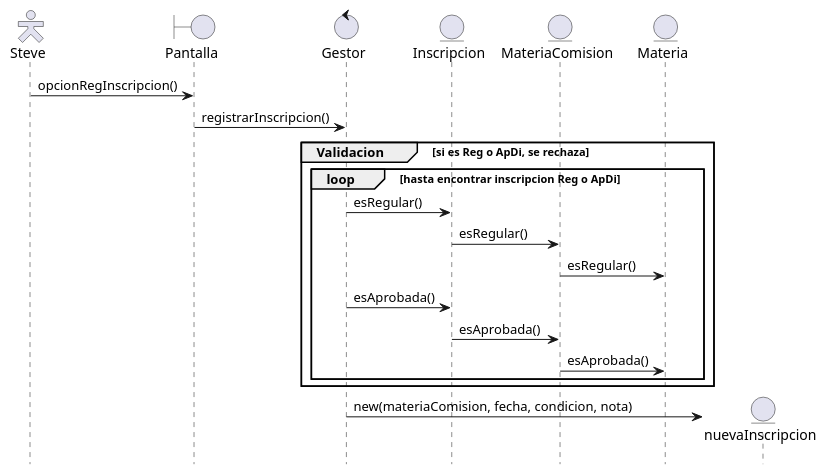
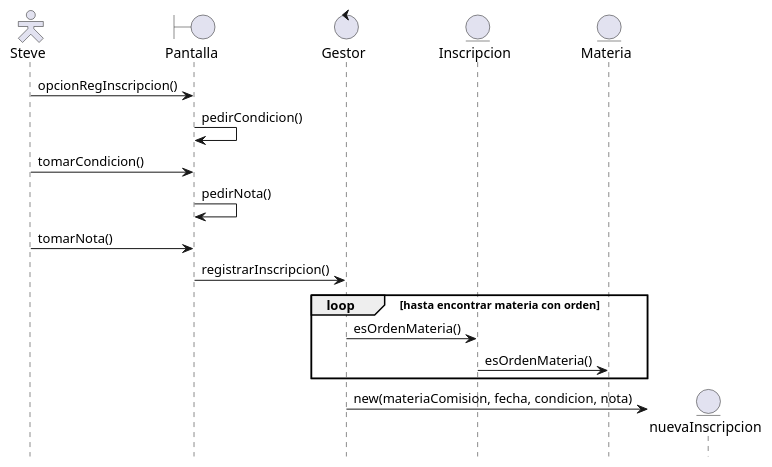
One commit to EmilianoM7/UTN_EZ changed the diagram in Documentation/UTNEZ_Secuencia-RegistraInscripcion.puml. Above: the diagram before and after it, drawn with PlantUML. The commit also changed 15 other files, not shown here.

```diff
--- a/Documentation/UTNEZ_Secuencia-RegistraInscripcion.puml
+++ b/Documentation/UTNEZ_Secuencia-RegistraInscripcion.puml
@@ -1,35 +1,31 @@
 @startuml
 
 ' --- SKIN ---
 
 skinparam actorStyle Hollow
 hide footbox
 
 ' --- DIAGRAMA ---
 
 actor Steve as A
 boundary Pantalla as P
 control Gestor as G
 entity Inscripcion as I
-entity MateriaComision as MC
 entity Materia as M
 
 A -> P : opcionRegInscripcion()
+P -> P : pedirCondicion()
+A -> P : tomarCondicion()
+P -> P : pedirNota()
+A -> P : tomarNota()
 P -> G : registrarInscripcion()
 
-group Validacion [si es Reg o ApDi, se rechaza]
-    loop hasta encontrar inscripcion Reg o ApDi
-        G -> I : esRegular()
-        I -> MC : esRegular()
-        MC -> M : esRegular()
-
-        G -> I : esAprobada()
-        I -> MC : esAprobada()
-        MC -> M : esAprobada()
-    end
+loop hasta encontrar materia con orden
+    G -> I : esOrdenMateria()
+    I -> M : esOrdenMateria()
 end
 
 create entity nuevaInscripcion as N
 G -> N : new(materiaComision, fecha, condicion, nota)
 
 @enduml
```
